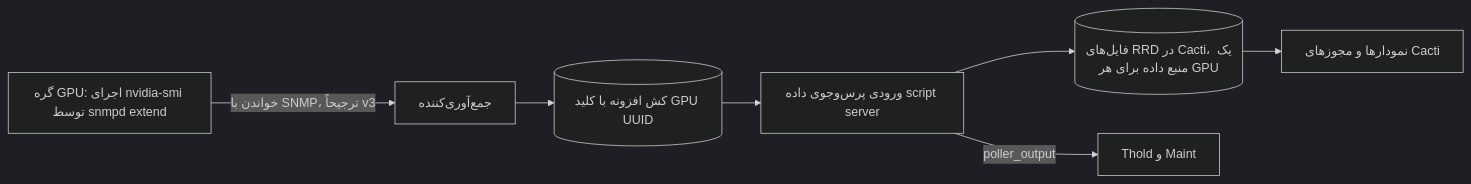
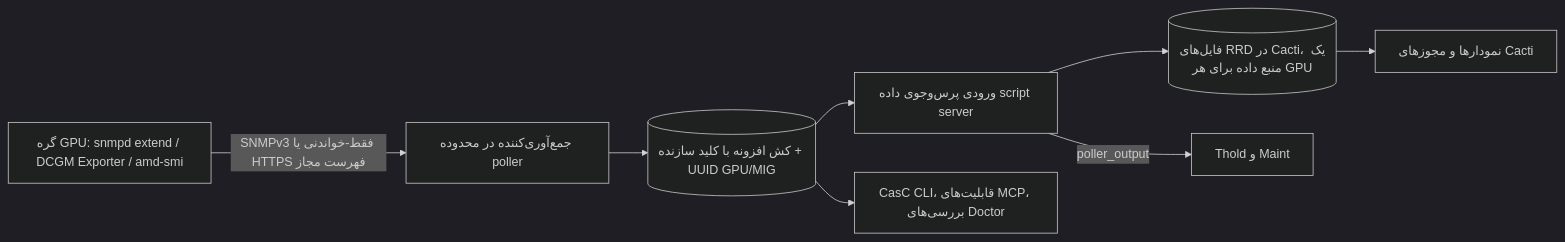
Before and after one commit to somethingwithproof/plugin_gpu: the diagram in docs/i18n/fa-IR/README.md, drawn with Mermaid (dark theme). The commit also changed other lines of this file and 47 other files, not shown here.

````diff
--- a/docs/i18n/fa-IR/README.md
+++ b/docs/i18n/fa-IR/README.md
@@ -104,9 +104,10 @@
 ```mermaid
 flowchart LR
-    NODE["گره GPU: اجرای nvidia-smi توسط snmpd extend"] -->|"خواندن با SNMP، ترجیحاً v3"| C["جمع‌آوری‌کننده"]
-    C --> CACHE[("کش افزونه با کلید GPU UUID")]
+    NODE["گره GPU: snmpd extend / DCGM Exporter / amd-smi"] -->|"SNMPv3 فقط-خواندنی یا HTTPS فهرست مجاز"| C["جمع‌آوری‌کننده در محدوده poller"]
+    C --> CACHE[("کش افزونه با کلید سازنده + UUID GPU/MIG")]
     CACHE --> SS["ورودی پرس‌وجوی داده script server"]
+    CACHE --> ECO["CasC CLI، قابلیت‌های MCP، بررسی‌های Doctor"]
     SS --> RRD[("فایل‌های RRD در Cacti، یک منبع داده برای هر GPU")]
     SS -->|"poller_output"| T["Thold و Maint"]
     RRD --> G["نمودارها و مجوزهای Cacti"]
 ```
````
